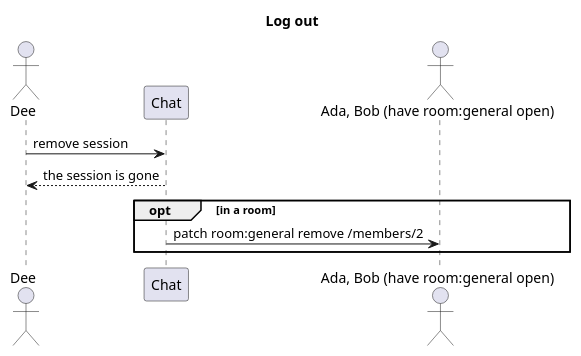
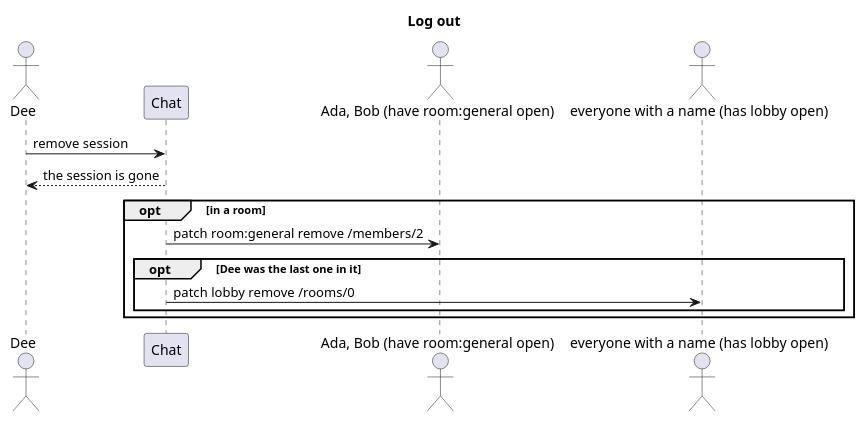
The diagram in uml/src/seq-log-out.puml (blueshed/dzql), drawn with PlantUML before and after one commit. The commit also changed 5 other files, not shown here.

Commit message:
uml: the lobby, a transient document -- the rooms with people in them now; opened once you have a name, changed only as an effect (a room gains its first person, a room loses its last), never written

```diff
--- a/uml/src/seq-log-out.puml
+++ b/uml/src/seq-log-out.puml
@@ -1,12 +1,16 @@
 @startuml
 title Log out
 actor "Dee" as dee
 participant "Chat" as app
 actor "Ada, Bob (have room:general open)" as room
+actor "everyone with a name (has lobby open)" as lobby
 
 dee -> app : remove session
 app --> dee : the session is gone
 opt in a room
   app -> room : patch room:general remove /members/2
+  opt Dee was the last one in it
+    app -> lobby : patch lobby remove /rooms/0
+  end
 end
 @enduml
```
